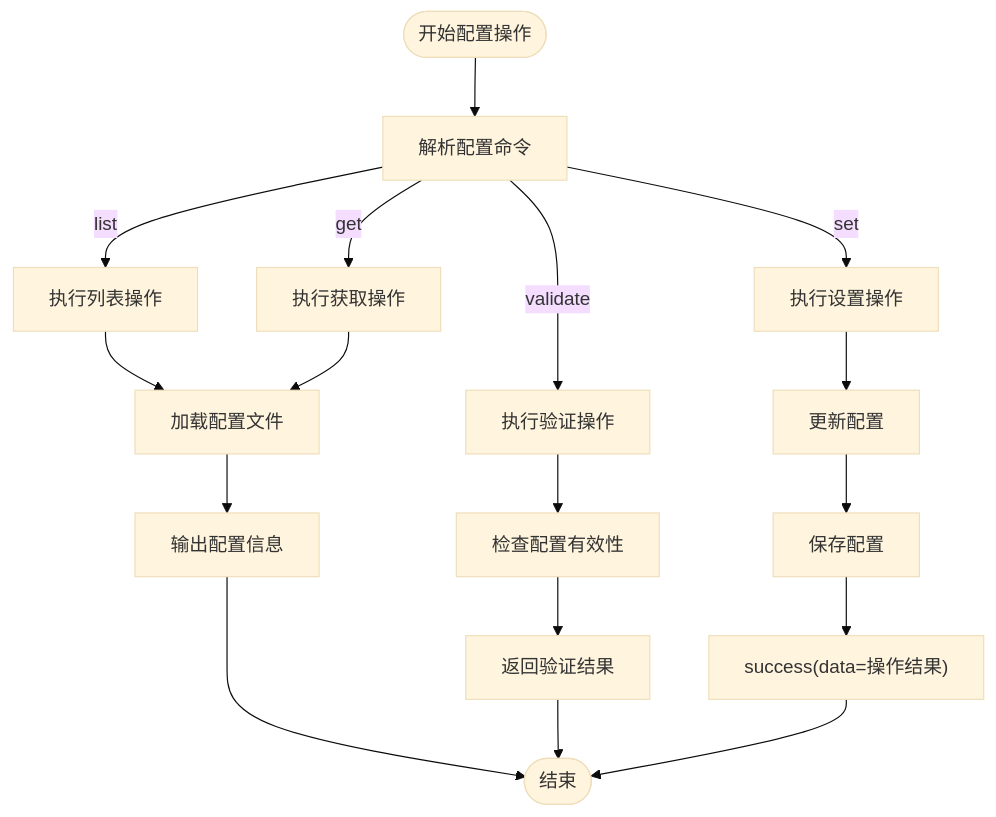
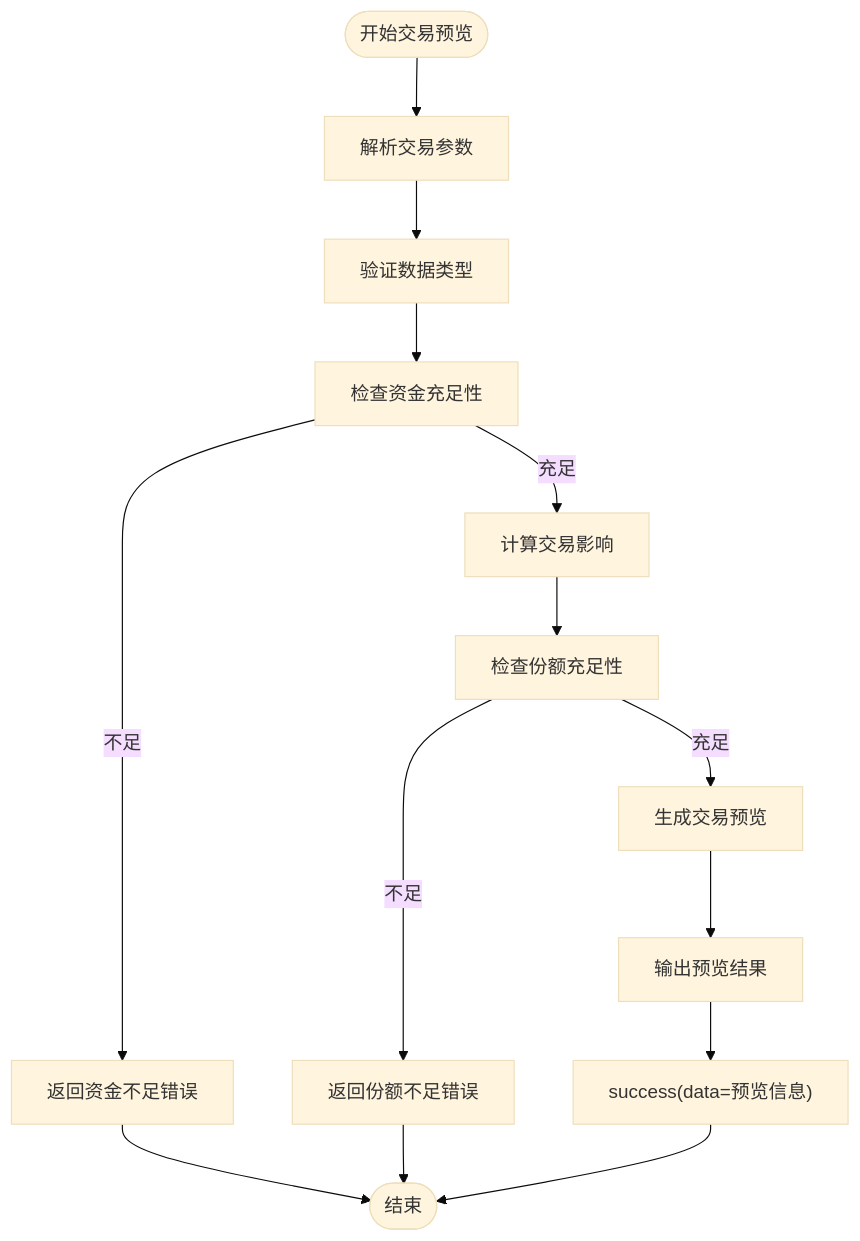
One commit to gujialind/InvestRing changed the third of 4 diagrams in .qoder/repowiki/zh/content/开发指南/InvestRing Admin CLI 工具.md. Above: the diagram before and after it, drawn with Mermaid (base theme). The commit also changed other lines of this file and 19 other files, not shown here.

````diff
--- a/.qoder/repowiki/zh/content/开发指南/InvestRing Admin CLI 工具.md
+++ b/.qoder/repowiki/zh/content/开发指南/InvestRing Admin CLI 工具.md
@@ -187,19 +180,16 @@
 ```mermaid
 flowchart TD
-Start(["开始配置操作"]) --> ParseCmd["解析配置命令"]
-ParseCmd --> |list| ListCmd["执行列表操作"]
-ParseCmd --> |get| GetCmd["执行获取操作"]
-ParseCmd --> |set| SetCmd["执行设置操作"]
-ParseCmd --> |validate| ValidateCmd["执行验证操作"]
-ListCmd --> LoadConfig["加载配置文件"]
-GetCmd --> LoadConfig
-SetCmd --> UpdateConfig["更新配置"]
-ValidateCmd --> CheckValidity["检查配置有效性"]
-LoadConfig --> Output["输出配置信息"]
-UpdateConfig --> SaveConfig["保存配置"]
-CheckValidity --> Result["返回验证结果"]
-SaveConfig --> Success["success(data=操作结果)"]
-Output --> End(["结束"])
-Result --> End
+Start(["开始交易预览"]) --> ParseParams["解析交易参数"]
+ParseParams --> ValidateData["验证数据类型"]
+ValidateData --> CheckFunds["检查资金充足性"]
+CheckFunds --> |充足| CalculateImpact["计算交易影响"]
+CheckFunds --> |不足| Error["返回资金不足错误"]
+CalculateImpact --> CheckShares["检查份额充足性"]
+CheckShares --> |充足| GeneratePreview["生成交易预览"]
+CheckShares --> |不足| ShareError["返回份额不足错误"]
+GeneratePreview --> OutputResult["输出预览结果"]
+OutputResult --> Success["success(data=预览信息)"]
+Error --> End(["结束"])
+ShareError --> End
 Success --> End
 ```
````
